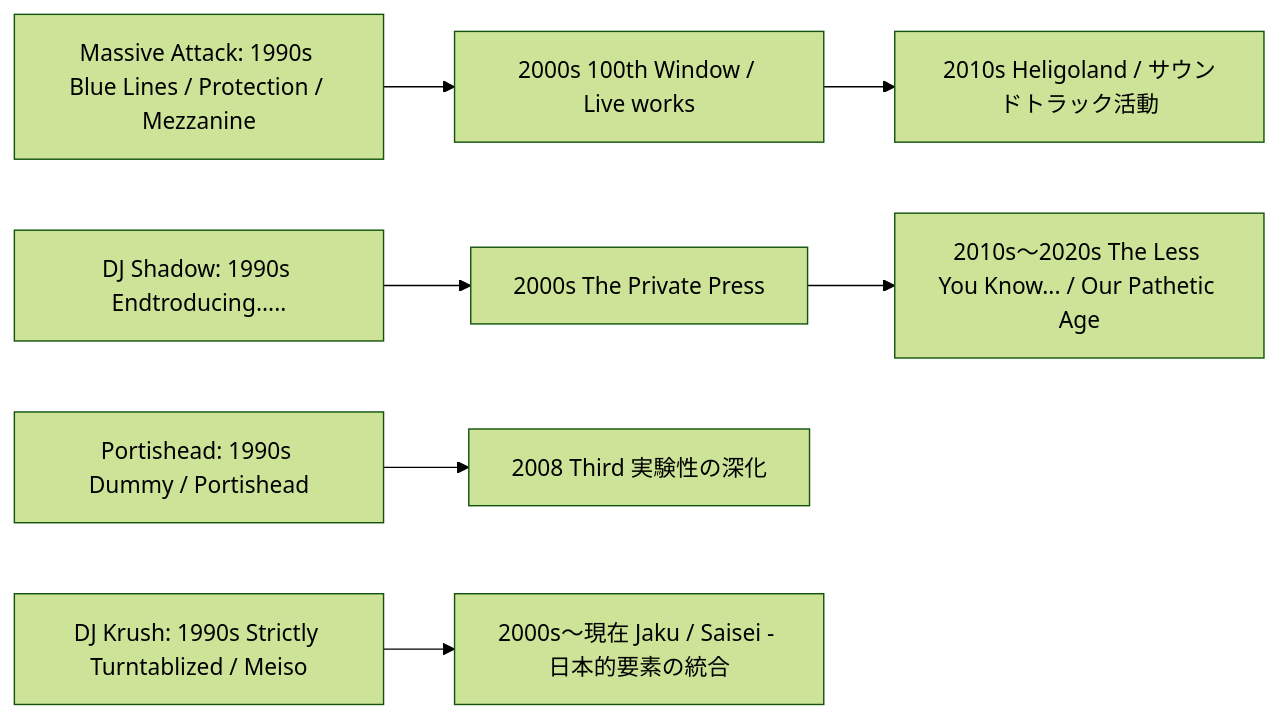
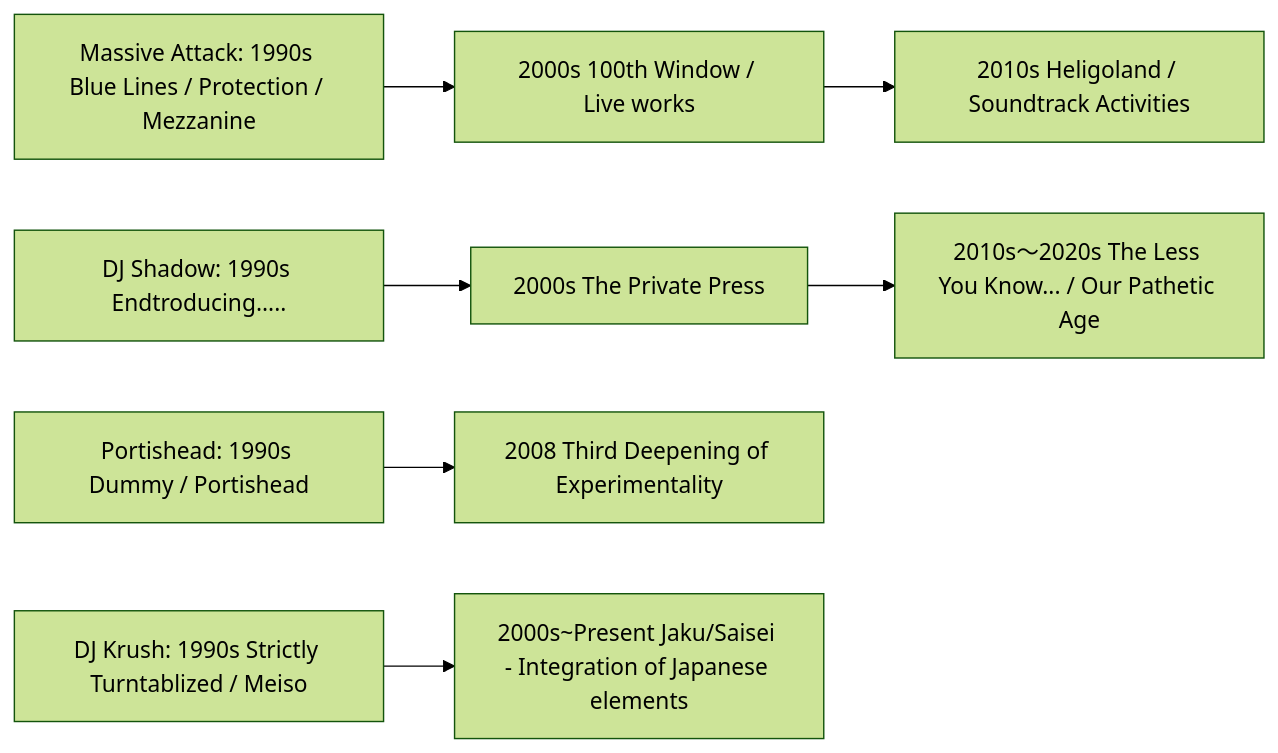
One commit to monumental-movement/monumental-movement.github.io changed the second of 2 diagrams in en/_posts/2025-09-21-Column-Triphop.md. Above: the diagram before and after it, drawn with Mermaid (forest theme). The commit also changed other lines of this file and 152 other files, not shown here.

```diff
--- a/en/_posts/2025-09-21-Column-Triphop.md
+++ b/en/_posts/2025-09-21-Column-Triphop.md
@@ -66,21 +66,21 @@
 <div class="mermaid">
 flowchart LR
     MA90["Massive Attack: 1990s Blue Lines / Protection / Mezzanine"]
     MA00["2000s 100th Window / Live works"]
-    MA10["2010s Heligoland / サウンドトラック活動"]
+    MA10["2010s Heligoland / Soundtrack Activities"]
 
     SH90["DJ Shadow: 1990s Endtroducing....."]
     SH00["2000s The Private Press"]
     SH10["2010s〜2020s The Less You Know... / Our Pathetic Age"]
 
     PK90["Portishead: 1990s Dummy / Portishead"]
-    PK10["2008 Third 実験性の深化"]
+    PK10["2008 Third Deepening of Experimentality"]
 
     KR90["DJ Krush: 1990s Strictly Turntablized / Meiso"]
-    KR00["2000s〜現在 Jaku / Saisei - 日本的要素の統合"]
+    KR00["2000s~Present Jaku/Saisei - Integration of Japanese elements"]
 
     MA90 --> MA00 --> MA10
     SH90 --> SH00 --> SH10
     PK90 --> PK10
     KR90 --> KR00
 </div>
```
